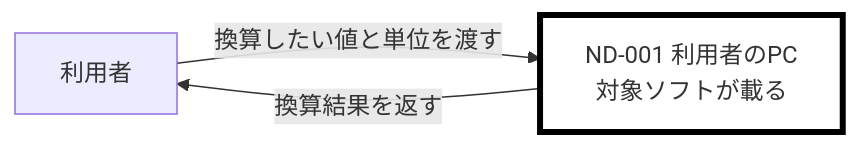
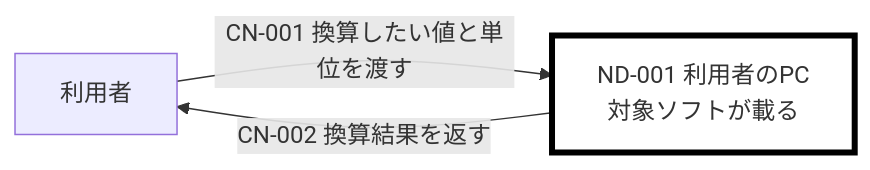
Before and after one commit to GoodRelax/gr-sw-maker: the second of 3 diagrams in maintenance/2026-08-08/00-spec-template-draft.md, drawn with Mermaid. The commit also changed other lines of this file and 5 other files, not shown here.

````diff
--- a/maintenance/2026-08-08/00-spec-template-draft.md
+++ b/maintenance/2026-08-08/00-spec-template-draft.md
@@ -166,7 +158,7 @@
 ```mermaid
 flowchart LR
-    Operator["利用者"] -->|"換算したい値と単位を渡す"| Machine
-    Machine["ND-001 利用者のPC<br/>対象ソフトが載る"]:::target -->|"換算結果を返す"| Operator
+    Operator["利用者"] -->|"CN-001 換算したい値と単位を渡す"| Machine
+    Machine["ND-001 利用者のPC<br/>対象ソフトが載る"]:::target -->|"CN-002 換算結果を返す"| Operator
 
     classDef target fill:#FFFFFF,stroke:#000,stroke-width:4px
 ```
````
